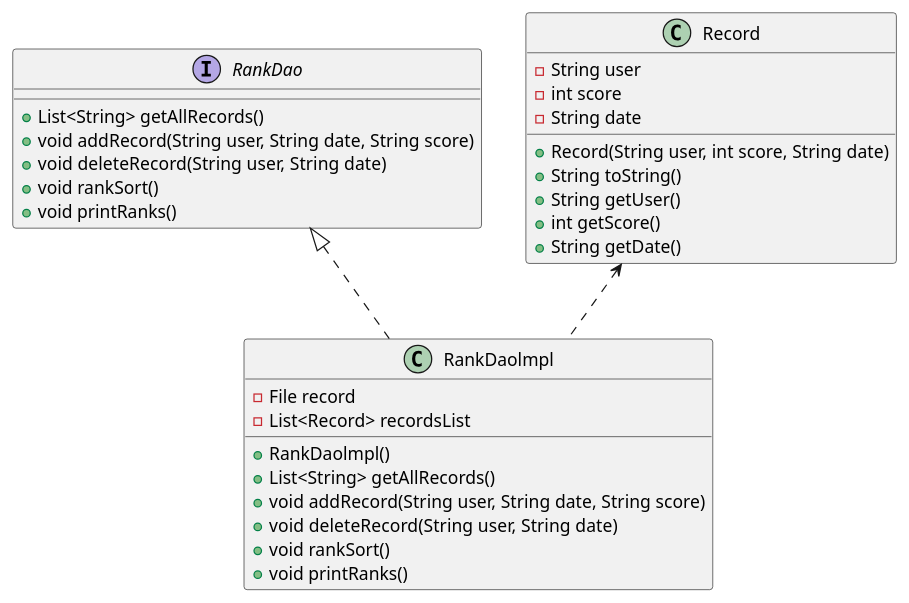
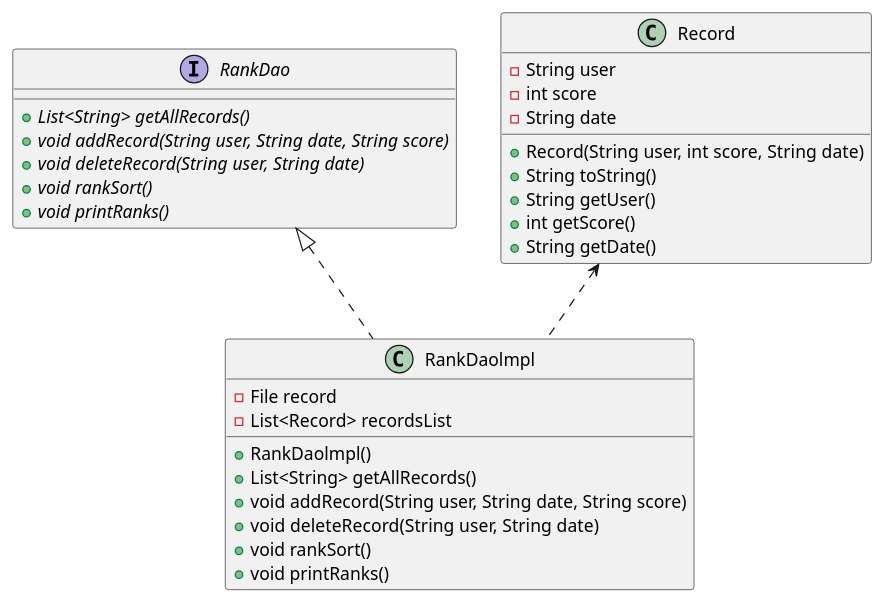
The diagram in uml/DAO.puml (Jin-zd/AircraftWar), drawn with PlantUML before and after one commit. The commit also changed 16 other files, not shown here.

```diff
--- a/uml/DAO.puml
+++ b/uml/DAO.puml
@@ -1,38 +1,38 @@
 @startuml
 'https://plantuml.com/sequence-diagram
 
 interface RankDao {
-    + List<String> getAllRecords()
-    + void addRecord(String user, String date, String score)
-    + void deleteRecord(String user, String date)
-    + void rankSort()
-    + void printRanks()
+    + {abstract} List<String> getAllRecords()
+    + {abstract} void addRecord(String user, String date, String score)
+    + {abstract} void deleteRecord(String user, String date)
+    + {abstract} void rankSort()
+    + {abstract} void printRanks()
 }
 
 class RankDaolmpl {
     - File record
     - List<Record> recordsList
 
     + RankDaolmpl()
     + List<String> getAllRecords()
     + void addRecord(String user, String date, String score)
     + void deleteRecord(String user, String date)
     + void rankSort()
     + void printRanks()
 }
 
 RankDao <|.. RankDaolmpl
 
 class Record {
     - String user
     - int score
     - String date
     + Record(String user, int score, String date)
     + String toString()
     + String getUser()
     + int getScore()
     + String getDate()
 }
 
 Record <.. RankDaolmpl
 @enduml
```
